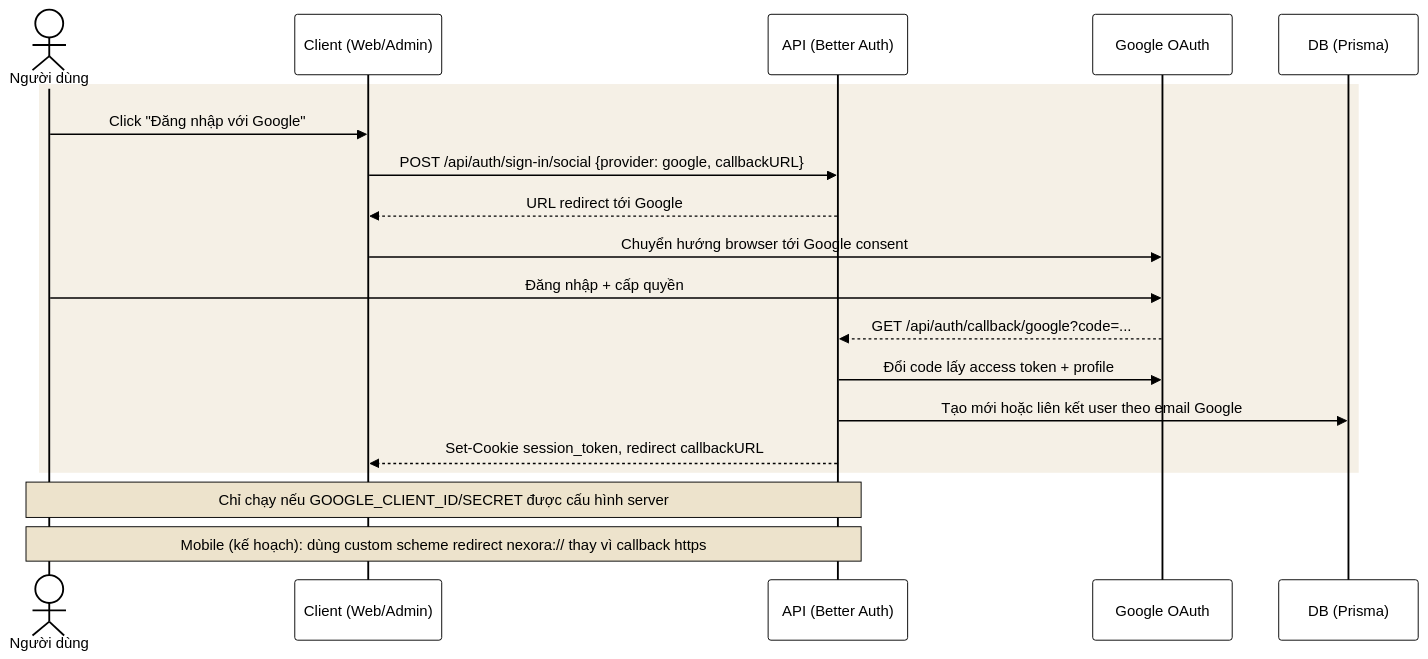
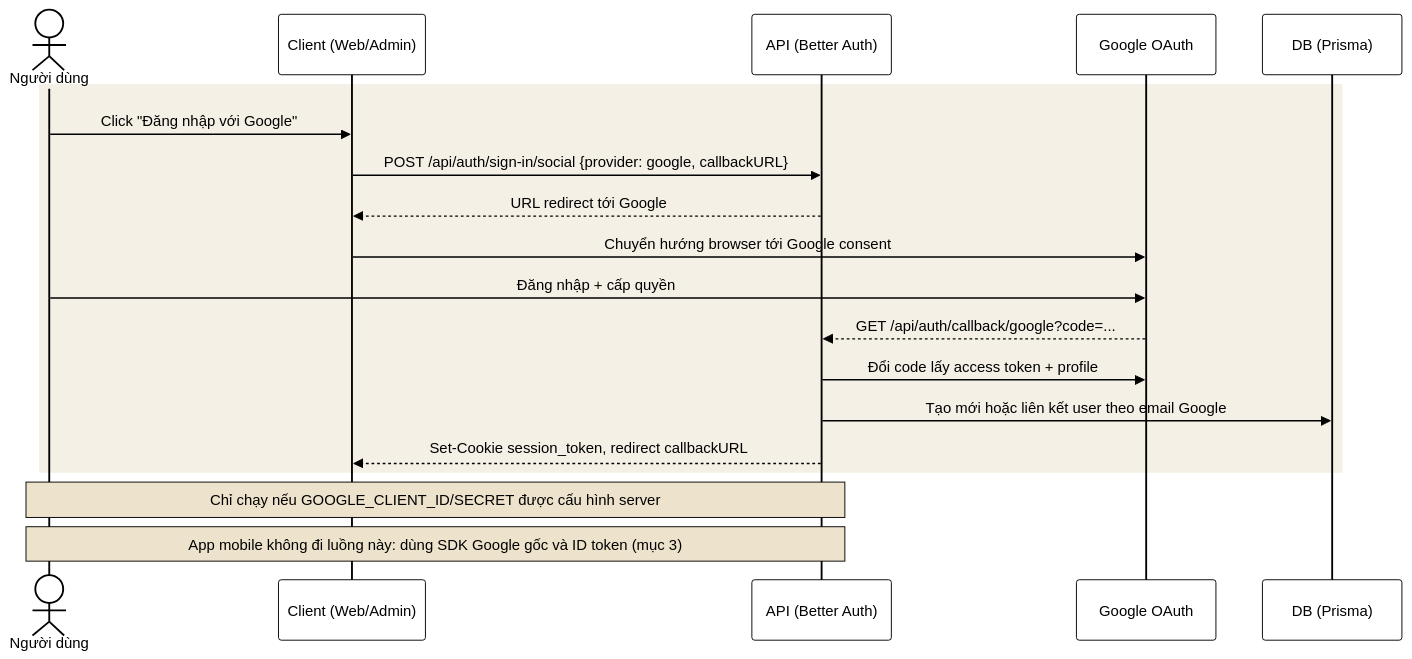
Before and after one commit to yurivolkov21/Tourism-Platform-V2: the seventh of 9 diagrams in docs/guides/auth-flow-sequence-diagrams.md, drawn with Mermaid. The commit also changed other lines of this file, not shown here.

First line of the commit message:
docs(guides): sơ đồ đăng nhập thôi ghi mobile 'chưa nối API thật'

````diff
--- a/docs/guides/auth-flow-sequence-diagrams.md
+++ b/docs/guides/auth-flow-sequence-diagrams.md
@@ -273,31 +278,31 @@
 ```mermaid
 %%{init: {'theme':'base', 'themeVariables': {
   'primaryColor': '#FFFFFF','primaryBorderColor': '#000000','primaryTextColor': '#000000',
   'actorBkg': '#FFFFFF','actorBorder': '#000000','actorTextColor': '#000000','actorLineColor': '#000000',
   'signalColor': '#000000','signalTextColor': '#000000',
   'labelBoxBkgColor': '#F5F0E6','labelBoxBorderColor': '#000000','labelTextColor': '#000000','loopTextColor': '#000000',
   'noteBkgColor': '#EDE3CC','noteBorderColor': '#000000','noteTextColor': '#000000',
   'activationBkgColor': '#F5F0E6','activationBorderColor': '#000000'
 }}}%%
 sequenceDiagram
     actor U as Người dùng
     participant C as Client (Web/Admin)
     participant A as API (Better Auth)
     participant G as Google OAuth
     participant DB as DB (Prisma)
 
     rect rgb(245, 240, 230)
     U->>C: Click "Đăng nhập với Google"
     C->>A: POST /api/auth/sign-in/social {provider: google, callbackURL}
     A-->>C: URL redirect tới Google
     C->>G: Chuyển hướng browser tới Google consent
     U->>G: Đăng nhập + cấp quyền
     G-->>A: GET /api/auth/callback/google?code=...
     A->>G: Đổi code lấy access token + profile
     A->>DB: Tạo mới hoặc liên kết user theo email Google
     A-->>C: Set-Cookie session_token, redirect callbackURL
     end
 
     Note over U,A: Chỉ chạy nếu GOOGLE_CLIENT_ID/SECRET được cấu hình server
-    Note over U,A: Mobile (kế hoạch): dùng custom scheme redirect nexora:// thay vì callback https
+    Note over U,A: App mobile không đi luồng này: dùng SDK Google gốc và ID token (mục 3)
 ```
````
